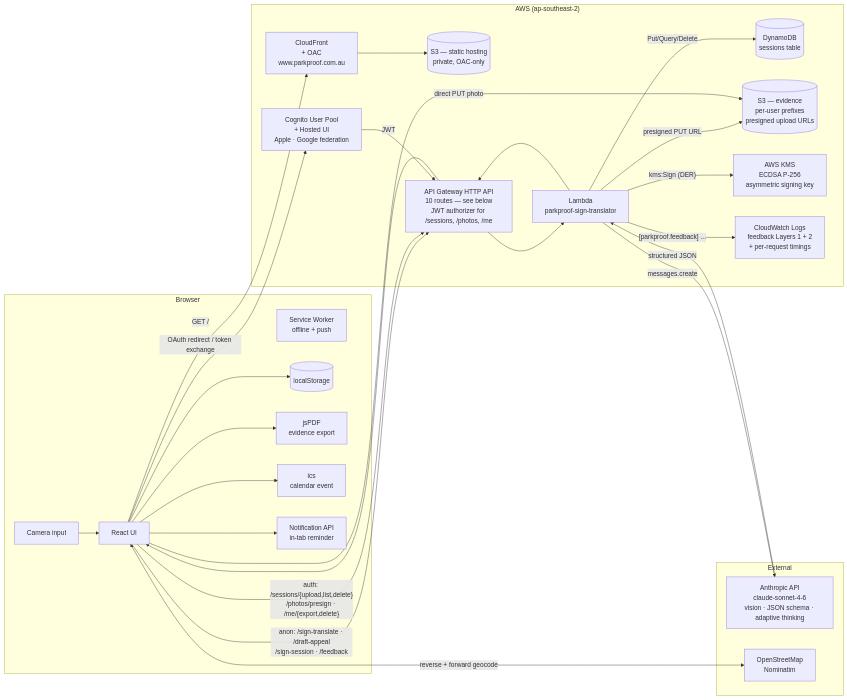
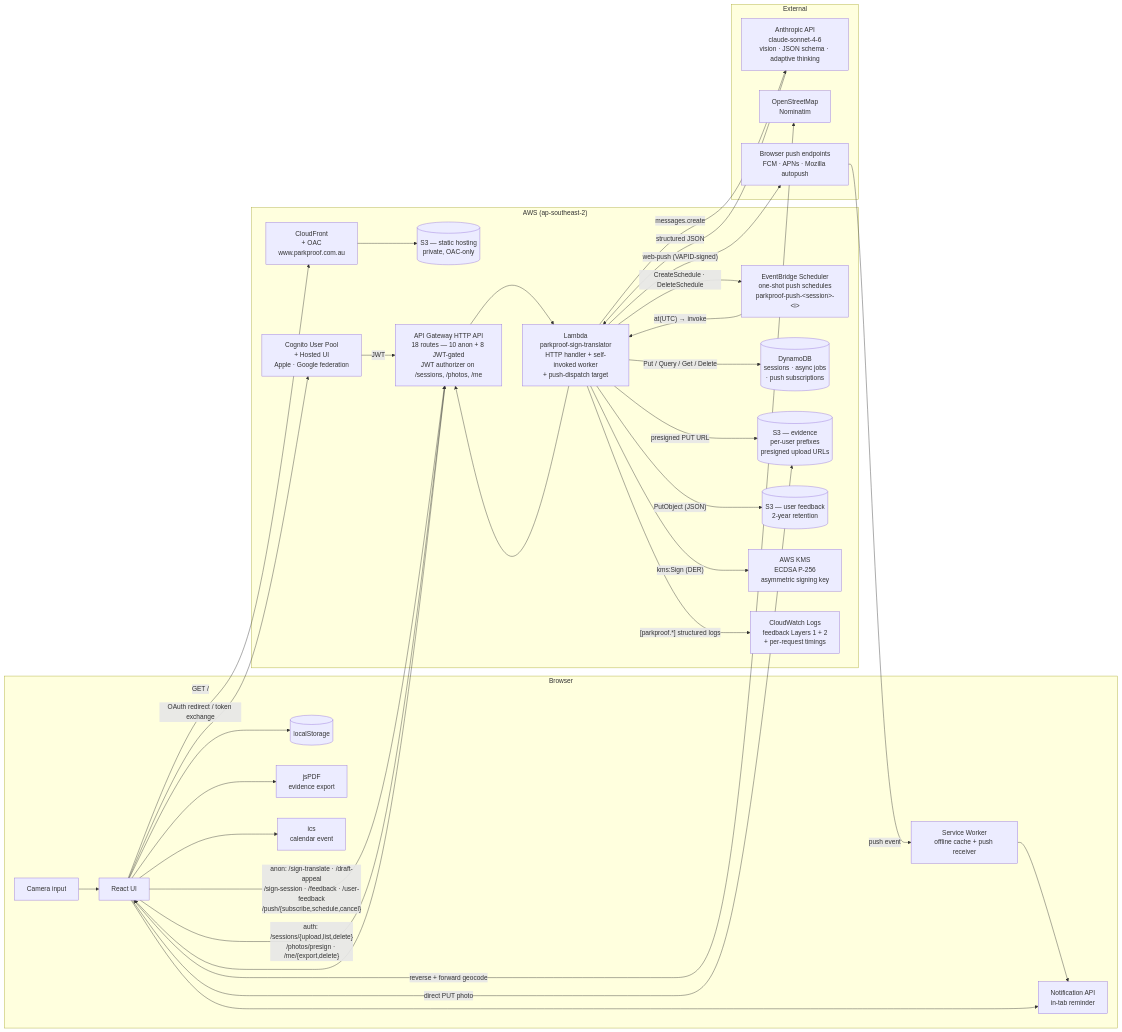
Before and after one commit to melroyds/parkproof: the diagram in README.md, drawn with Mermaid. The commit also changed other lines of this file and 30 other files, not shown here.

First line of the commit message:
feat(push): scheduler + de-identification + docs refresh

````diff
--- a/README.md
+++ b/README.md
@@ -119,48 +121,57 @@
 ```mermaid
 flowchart LR
   subgraph Browser
     Cam[Camera input]
     UI[React UI]
-    SW[Service Worker<br/>offline + push]
+    SW[Service Worker<br/>offline cache + push receiver]
     LS[(localStorage)]
     PDF[jsPDF<br/>evidence export]
     ICS[ics<br/>calendar event]
     Notif[Notification API<br/>in-tab reminder]
   end
 
   subgraph AWS["AWS (ap-southeast-2)"]
     CF[CloudFront<br/>+ OAC<br/>www.parkproof.com.au]
     S3App[(S3 — static hosting<br/>private, OAC-only)]
-    APIGW[API Gateway HTTP API<br/>10 routes — see below<br/>JWT authorizer for /sessions, /photos, /me]
-    Lambda[Lambda<br/>parkproof-sign-translator]
+    APIGW[API Gateway HTTP API<br/>18 routes — 10 anon + 8 JWT-gated<br/>JWT authorizer on /sessions, /photos, /me]
+    Lambda[Lambda<br/>parkproof-sign-translator<br/>HTTP handler + self-invoked worker<br/>+ push-dispatch target]
+    Sched[EventBridge Scheduler<br/>one-shot push schedules<br/>parkproof-push-&lt;session&gt;-&lt;i&gt;]
     Cog[Cognito User Pool<br/>+ Hosted UI<br/>Apple · Google federation]
-    DDB[(DynamoDB<br/>sessions table)]
+    DDB[(DynamoDB<br/>sessions · async jobs<br/>· push subscriptions)]
     S3Ev[(S3 — evidence<br/>per-user prefixes<br/>presigned upload URLs)]
+    S3Fb[(S3 — user feedback<br/>2-year retention)]
     KMS[AWS KMS<br/>ECDSA P-256<br/>asymmetric signing key]
     Logs[CloudWatch Logs<br/>feedback Layers 1 + 2<br/>+ per-request timings]
   end
 
   subgraph External
     Claude[Anthropic API<br/>claude-sonnet-4-6<br/>vision · JSON schema · adaptive thinking]
     Nom[OpenStreetMap<br/>Nominatim]
+    WebPush[Browser push endpoints<br/>FCM · APNs · Mozilla autopush]
   end
 
   Cam --> UI
   UI -- "GET /" --> CF --> S3App
-  UI -- "anon: /sign-translate · /draft-appeal<br/>/sign-session · /feedback" --> APIGW --> Lambda
+  UI -- "anon: /sign-translate · /draft-appeal<br/>/sign-session · /feedback · /user-feedback<br/>/push/{subscribe,schedule,cancel}" --> APIGW --> Lambda
   UI -- "auth: /sessions/{upload,list,delete}<br/>/photos/presign · /me/{export,delete}" --> APIGW
   UI -- "OAuth redirect / token exchange" --> Cog
   Cog -- "JWT" --> APIGW
   Lambda -- "messages.create" --> Claude
   Claude -- "structured JSON" --> Lambda --> APIGW --> UI
   Lambda -- "kms:Sign (DER)" --> KMS
-  Lambda -- "Put/Query/Delete" --> DDB
+  Lambda -- "Put / Query / Get / Delete" --> DDB
   Lambda -- "presigned PUT URL" --> S3Ev
   UI -- "direct PUT photo" --> S3Ev
-  Lambda -- "[parkproof.feedback] ..." --> Logs
+  Lambda -- "PutObject (JSON)" --> S3Fb
+  Lambda -- "CreateSchedule · DeleteSchedule" --> Sched
+  Sched -- "at(UTC) → invoke" --> Lambda
+  Lambda -- "web-push (VAPID-signed)" --> WebPush
+  WebPush -- "push event" --> SW
+  SW --> Notif
+  Lambda -- "[parkproof.*] structured logs" --> Logs
   UI <-- "reverse + forward geocode" --> Nom
   UI --> LS
   UI --> PDF
   UI --> ICS
   UI --> Notif
 ```
````
